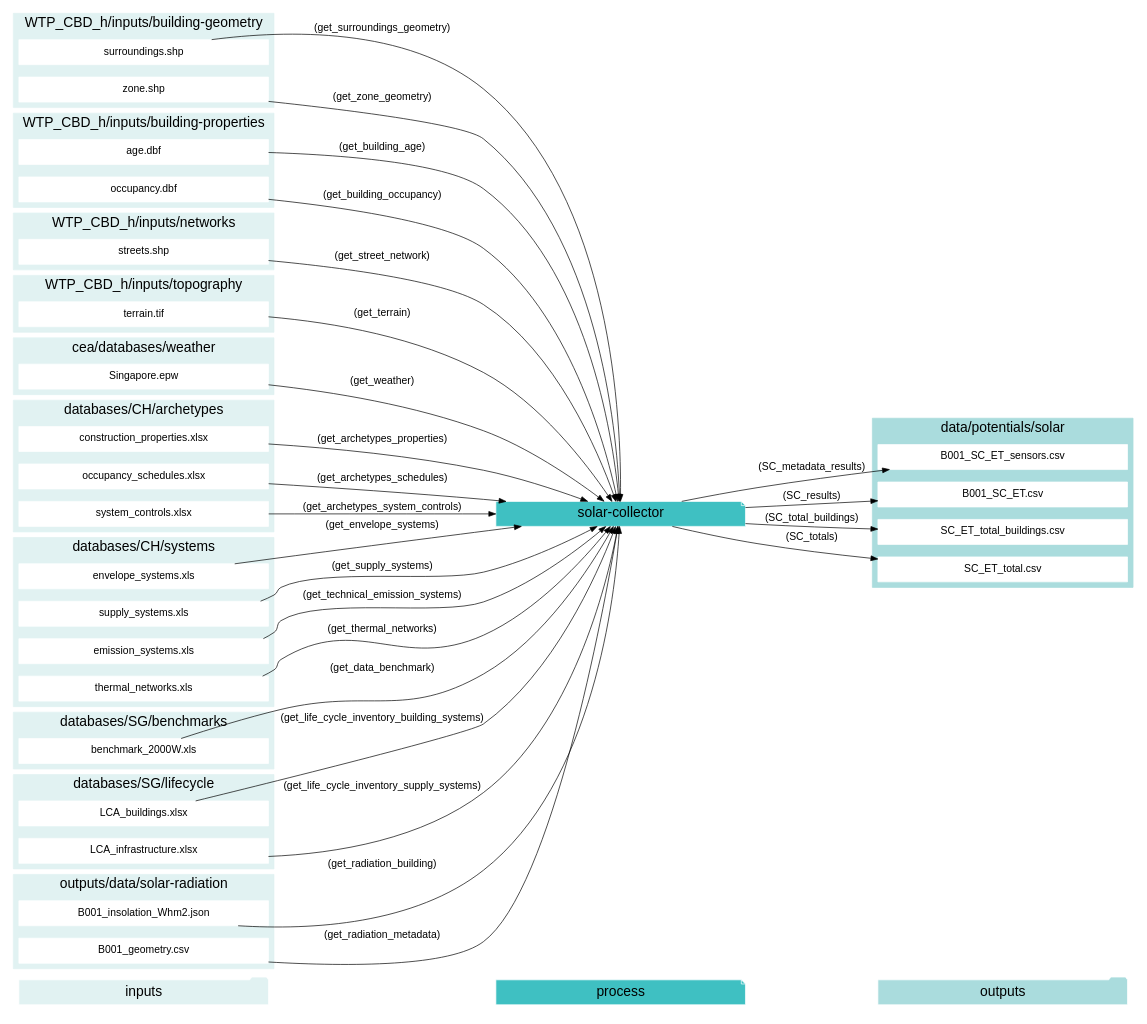
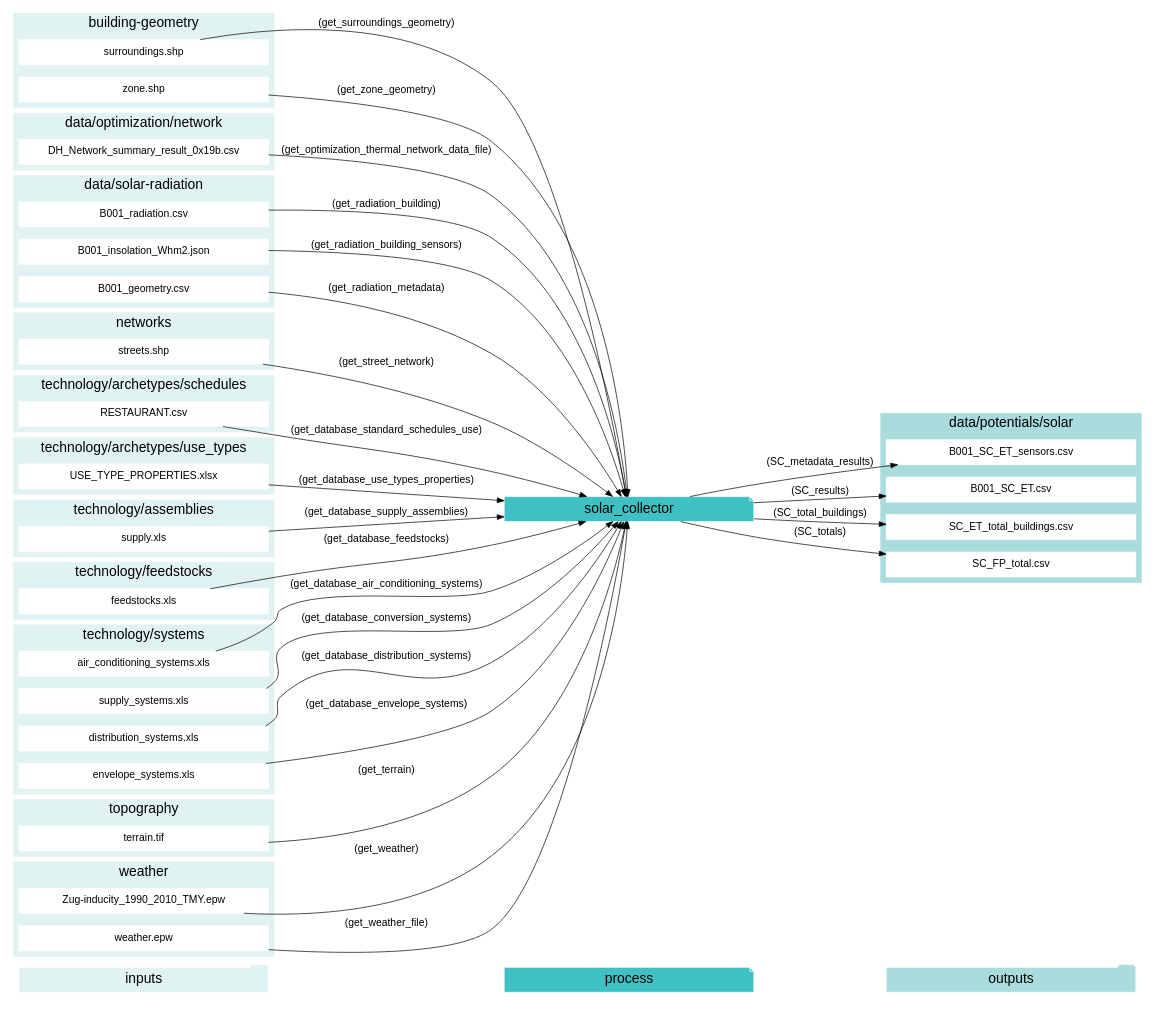
One commit to architecture-building-systems/CityEnergyAnalyst changed the ninth of 20 diagrams in docs/script-data-flow.rst. Above: the diagram before and after it, drawn with Graphviz. The commit also changed other lines of this file and 24 other files, not shown here.

```diff
--- a/docs/script-data-flow.rst
+++ b/docs/script-data-flow.rst
@@ -582,13 +1205,13 @@
     "inputs"->"process"[style=invis]
     "process"->"outputs"[style=invis]
     }
-    "solar-collector"[style=filled, color=white, fillcolor="#3FC0C2", shape=note, fontsize=20, fontname=arial];
+    "solar_collector"[style=filled, color=white, fillcolor="#3FC0C2", shape=note, fontsize=20, fontname=arial];
     subgraph cluster_0_in {
         style = filled;
         color = "#E1F2F2";
         fontsize = 20;
         rank=same;
-        label="WTP_CBD_h/inputs/building-geometry";
+        label="building-geometry";
         "surroundings.shp"
         "zone.shp"
     }
@@ -597,35 +1220,10 @@
         color = "#E1F2F2";
         fontsize = 20;
         rank=same;
-        label="WTP_CBD_h/inputs/building-properties";
-        "age.dbf"
-        "occupancy.dbf"
+        label="data/optimization/network";
+        "DH_Network_summary_result_0x19b.csv"
     }
-    subgraph cluster_2_in {
-        style = filled;
-        color = "#E1F2F2";
-        fontsize = 20;
-        rank=same;
-        label="WTP_CBD_h/inputs/networks";
-        "streets.shp"
-    }
-    subgraph cluster_3_in {
-        style = filled;
-        color = "#E1F2F2";
-        fontsize = 20;
-        rank=same;
-        label="WTP_CBD_h/inputs/topography";
-        "terrain.tif"
-    }
-    subgraph cluster_4_in {
-        style = filled;
-        color = "#E1F2F2";
-        fontsize = 20;
-        rank=same;
-        label="cea/databases/weather";
-        "Singapore.epw"
-    }
-    subgraph cluster_5_out {
+    subgraph cluster_2_out {
         style = filled;
         color = "#aadcdd";
         fontsize = 20;
@@ -634,76 +1232,106 @@
         "B001_SC_ET_sensors.csv"
         "B001_SC_ET.csv"
         "SC_ET_total_buildings.csv"
-        "SC_ET_total.csv"
+        "SC_FP_total.csv"
+    }
+    subgraph cluster_3_in {
+        style = filled;
+        color = "#E1F2F2";
+        fontsize = 20;
+        rank=same;
+        label="data/solar-radiation";
+        "B001_radiation.csv"
+        "B001_insolation_Whm2.json"
+        "B001_geometry.csv"
+    }
+    subgraph cluster_4_in {
+        style = filled;
+        color = "#E1F2F2";
+        fontsize = 20;
+        rank=same;
+        label="networks";
+        "streets.shp"
+    }
+    subgraph cluster_5_in {
+        style = filled;
+        color = "#E1F2F2";
+        fontsize = 20;
+        rank=same;
+        label="technology/archetypes/schedules";
+        "RESTAURANT.csv"
     }
     subgraph cluster_6_in {
         style = filled;
         color = "#E1F2F2";
         fontsize = 20;
         rank=same;
-        label="databases/CH/archetypes";
-        "construction_properties.xlsx"
-        "occupancy_schedules.xlsx"
-        "system_controls.xlsx"
+        label="technology/archetypes/use_types";
+        "USE_TYPE_PROPERTIES.xlsx"
     }
     subgraph cluster_7_in {
         style = filled;
         color = "#E1F2F2";
         fontsize = 20;
         rank=same;
-        label="databases/CH/systems";
-        "envelope_systems.xls"
-        "supply_systems.xls"
-        "emission_systems.xls"
-        "thermal_networks.xls"
+        label="technology/assemblies";
+        "supply.xls"
     }
     subgraph cluster_8_in {
         style = filled;
         color = "#E1F2F2";
         fontsize = 20;
         rank=same;
-        label="databases/SG/benchmarks";
-        "benchmark_2000W.xls"
+        label="technology/feedstocks";
+        "feedstocks.xls"
     }
     subgraph cluster_9_in {
         style = filled;
         color = "#E1F2F2";
         fontsize = 20;
         rank=same;
-        label="databases/SG/lifecycle";
-        "LCA_buildings.xlsx"
-        "LCA_infrastructure.xlsx"
+        label="technology/systems";
+        "air_conditioning_systems.xls"
+        "supply_systems.xls"
+        "distribution_systems.xls"
+        "envelope_systems.xls"
     }
     subgraph cluster_10_in {
         style = filled;
         color = "#E1F2F2";
         fontsize = 20;
         rank=same;
-        label="outputs/data/solar-radiation";
-        "B001_insolation_Whm2.json"
-        "B001_geometry.csv"
+        label="topography";
+        "terrain.tif"
     }
-    "construction_properties.xlsx" -> "solar-collector"[label="(get_archetypes_properties)"]
-    "occupancy_schedules.xlsx" -> "solar-collector"[label="(get_archetypes_schedules)"]
-    "system_controls.xlsx" -> "solar-collector"[label="(get_archetypes_system_controls)"]
-    "age.dbf" -> "solar-collector"[label="(get_building_age)"]
-    "occupancy.dbf" -> "solar-collector"[label="(get_building_occupancy)"]
-    "benchmark_2000W.xls" -> "solar-collector"[label="(get_data_benchmark)"]
-    "surroundings.shp" -> "solar-collector"[label="(get_surroundings_geometry)"]
-    "envelope_systems.xls" -> "solar-collector"[label="(get_envelope_systems)"]
-    "LCA_buildings.xlsx" -> "solar-collector"[label="(get_life_cycle_inventory_building_systems)"]
-    "LCA_infrastructure.xlsx" -> "solar-collector"[label="(get_life_cycle_inventory_supply_systems)"]
-    "B001_insolation_Whm2.json" -> "solar-collector"[label="(get_radiation_building)"]
-    "B001_geometry.csv" -> "solar-collector"[label="(get_radiation_metadata)"]
-    "streets.shp" -> "solar-collector"[label="(get_street_network)"]
-    "supply_systems.xls" -> "solar-collector"[label="(get_supply_systems)"]
-    "emission_systems.xls" -> "solar-collector"[label="(get_technical_emission_systems)"]
-    "terrain.tif" -> "solar-collector"[label="(get_terrain)"]
-    "thermal_networks.xls" -> "solar-collector"[label="(get_thermal_networks)"]
-    "Singapore.epw" -> "solar-collector"[label="(get_weather)"]
-    "zone.shp" -> "solar-collector"[label="(get_zone_geometry)"]
-    "solar-collector" -> "B001_SC_ET_sensors.csv"[label="(SC_metadata_results)"]
-    "solar-collector" -> "B001_SC_ET.csv"[label="(SC_results)"]
-    "solar-collector" -> "SC_ET_total_buildings.csv"[label="(SC_total_buildings)"]
-    "solar-collector" -> "SC_ET_total.csv"[label="(SC_totals)"]
+    subgraph cluster_11_in {
+        style = filled;
+        color = "#E1F2F2";
+        fontsize = 20;
+        rank=same;
+        label="weather";
+        "Zug-inducity_1990_2010_TMY.epw"
+        "weather.epw"
     }
+    "air_conditioning_systems.xls" -> "solar_collector"[label="(get_database_air_conditioning_systems)"]
+    "supply_systems.xls" -> "solar_collector"[label="(get_database_conversion_systems)"]
+    "distribution_systems.xls" -> "solar_collector"[label="(get_database_distribution_systems)"]
+    "envelope_systems.xls" -> "solar_collector"[label="(get_database_envelope_systems)"]
+    "feedstocks.xls" -> "solar_collector"[label="(get_database_feedstocks)"]
+    "RESTAURANT.csv" -> "solar_collector"[label="(get_database_standard_schedules_use)"]
+    "supply.xls" -> "solar_collector"[label="(get_database_supply_assemblies)"]
+    "USE_TYPE_PROPERTIES.xlsx" -> "solar_collector"[label="(get_database_use_types_properties)"]
+    "DH_Network_summary_result_0x19b.csv" -> "solar_collector"[label="(get_optimization_thermal_network_data_file)"]
+    "B001_radiation.csv" -> "solar_collector"[label="(get_radiation_building)"]
+    "B001_insolation_Whm2.json" -> "solar_collector"[label="(get_radiation_building_sensors)"]
+    "B001_geometry.csv" -> "solar_collector"[label="(get_radiation_metadata)"]
+    "streets.shp" -> "solar_collector"[label="(get_street_network)"]
+    "surroundings.shp" -> "solar_collector"[label="(get_surroundings_geometry)"]
+    "terrain.tif" -> "solar_collector"[label="(get_terrain)"]
+    "Zug-inducity_1990_2010_TMY.epw" -> "solar_collector"[label="(get_weather)"]
+    "weather.epw" -> "solar_collector"[label="(get_weather_file)"]
+    "zone.shp" -> "solar_collector"[label="(get_zone_geometry)"]
+    "solar_collector" -> "B001_SC_ET_sensors.csv"[label="(SC_metadata_results)"]
+    "solar_collector" -> "B001_SC_ET.csv"[label="(SC_results)"]
+    "solar_collector" -> "SC_ET_total_buildings.csv"[label="(SC_total_buildings)"]
+    "solar_collector" -> "SC_FP_total.csv"[label="(SC_totals)"]
+    }
```
